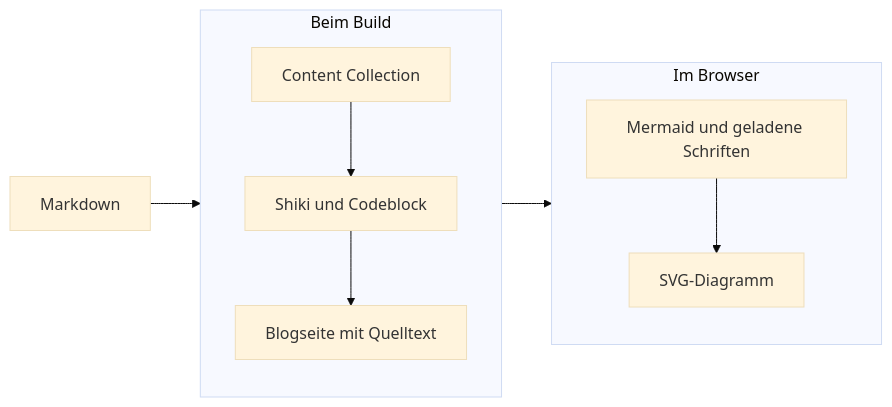
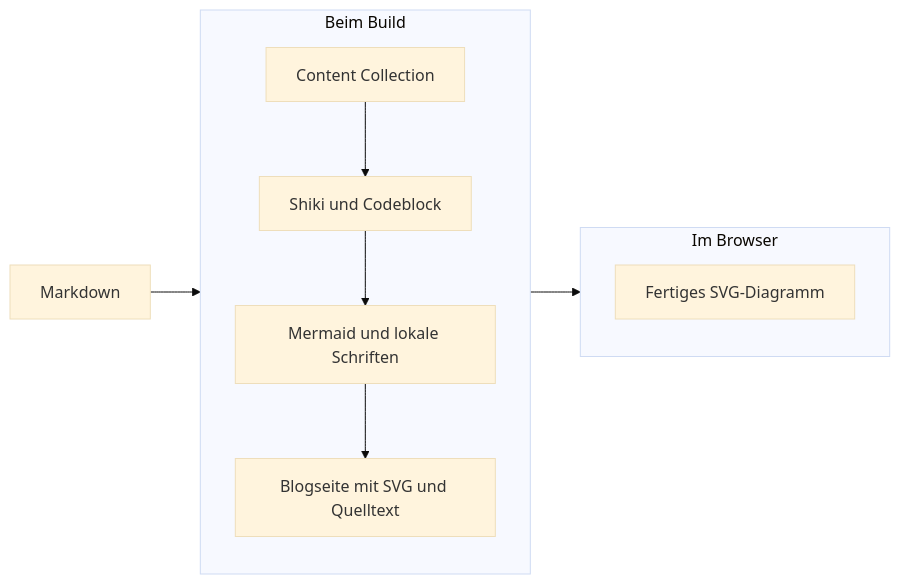
The first of 5 diagrams in src/content/blog/astro-fuer-entwicklerblogs-mermaid-diagramme.md (stefan-karger/astro-portfolio), drawn with Mermaid (base theme) before and after one commit. The commit also changed other lines of this file and 21 other files, not shown here.

Commit message:
perf: render Mermaid diagrams at build time and refine blog layout

````diff
--- a/src/content/blog/astro-fuer-entwicklerblogs-mermaid-diagramme.md
+++ b/src/content/blog/astro-fuer-entwicklerblogs-mermaid-diagramme.md
@@ -355,18 +358,18 @@
 ```mermaid title="Der Weg vom Markdown zum Diagramm" showLineNumbers
 flowchart LR
   accTitle: Markdown und Mermaid im Astro-Blog
-  accDescr: Astro lädt einen Markdown-Beitrag aus der Content Collection. Shiki färbt die Definition ein. Die statische Seite lädt Mermaid im Browser und zeigt das SVG zusammen mit dem aufklappbaren Quelltext.
+  accDescr: Astro lädt einen Markdown-Beitrag aus der Content Collection. Shiki färbt die Definition ein. Mermaid erzeugt beim Build das SVG. Der Browser zeigt die fertige Grafik mit aufklappbarem Quelltext.
   Markdown[Markdown] --> Build
   subgraph Build[Beim Build]
     direction TB
     Collection[Content Collection]
     Collection --> Shiki[Shiki und Codeblock]
-    Shiki --> HTML[Blogseite mit Quelltext]
+    Shiki --> Mermaid[Mermaid und lokale Schriften]
+    Mermaid --> HTML[Blogseite mit SVG und Quelltext]
   end
   Build --> Browser
   subgraph Browser[Im Browser]
     direction TB
-    Mermaid[Mermaid und geladene Schriften]
-    Mermaid --> SVG[SVG-Diagramm]
+    SVG[Fertiges SVG-Diagramm]
   end
 ```
````
